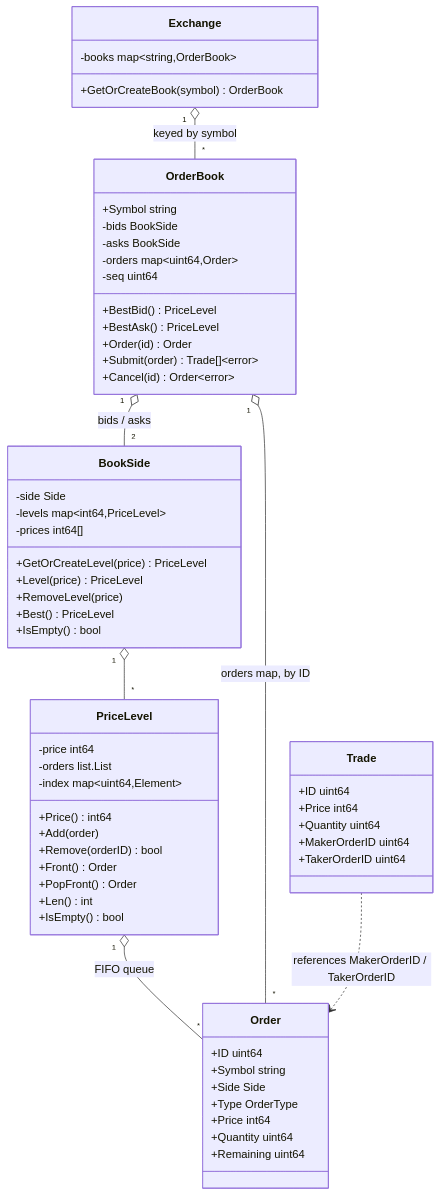
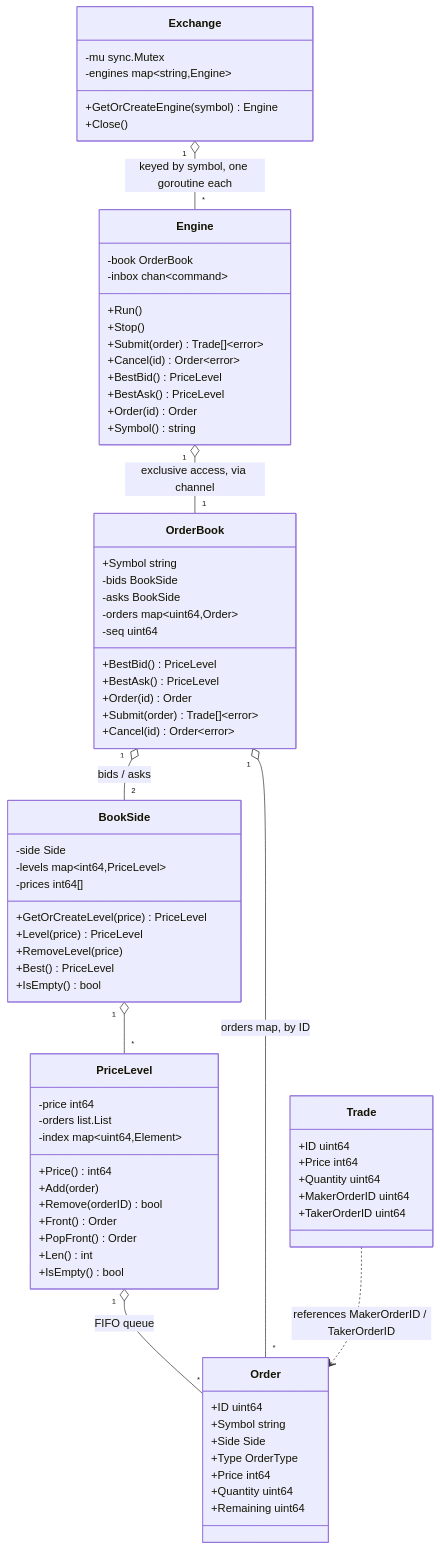
Before and after one commit to guilhermemcandido/janus: the diagram in README.md, drawn with Mermaid. The commit also changed other lines of this file and 4 other files, not shown here.

````diff
--- a/README.md
+++ b/README.md
@@ -11,64 +11,80 @@
 ```mermaid
 classDiagram
     class Exchange {
-        -books map~string,OrderBook~
-        +GetOrCreateBook(symbol) OrderBook
+        -mu sync.Mutex
+        -engines map~string,Engine~
+        +GetOrCreateEngine(symbol) Engine
+        +Close()
     }
     class OrderBook {
         +Symbol string
         -bids BookSide
         -asks BookSide
         -orders map~uint64,Order~
         -seq uint64
         +BestBid() PriceLevel
         +BestAsk() PriceLevel
         +Order(id) Order
         +Submit(order) Trade[]~error~
         +Cancel(id) Order~error~
     }
     class BookSide {
         -side Side
         -levels map~int64,PriceLevel~
         -prices int64[]
         +GetOrCreateLevel(price) PriceLevel
         +Level(price) PriceLevel
         +RemoveLevel(price)
         +Best() PriceLevel
         +IsEmpty() bool
     }
     class PriceLevel {
         -price int64
         -orders list.List
         -index map~uint64,Element~
         +Price() int64
         +Add(order)
         +Remove(orderID) bool
         +Front() Order
         +PopFront() Order
         +Len() int
         +IsEmpty() bool
     }
     class Order {
         +ID uint64
         +Symbol string
         +Side Side
         +Type OrderType
         +Price int64
         +Quantity uint64
         +Remaining uint64
     }
     class Trade {
         +ID uint64
         +Price int64
         +Quantity uint64
         +MakerOrderID uint64
         +TakerOrderID uint64
     }
 
-    Exchange "1" o-- "*" OrderBook : keyed by symbol
+    class Engine {
+        -book OrderBook
+        -inbox chan~command~
+        +Run()
+        +Stop()
+        +Submit(order) Trade[]~error~
+        +Cancel(id) Order~error~
+        +BestBid() PriceLevel
+        +BestAsk() PriceLevel
+        +Order(id) Order
+        +Symbol() string
+    }
+
+    Exchange "1" o-- "*" Engine : keyed by symbol, one goroutine each
+    Engine "1" o-- "1" OrderBook : exclusive access, via channel
     OrderBook "1" o-- "2" BookSide : bids / asks
     BookSide "1" o-- "*" PriceLevel
     PriceLevel "1" o-- "*" Order : FIFO queue
     OrderBook "1" o-- "*" Order : orders map, by ID
     Trade ..> Order : references MakerOrderID / TakerOrderID
 ```
````
